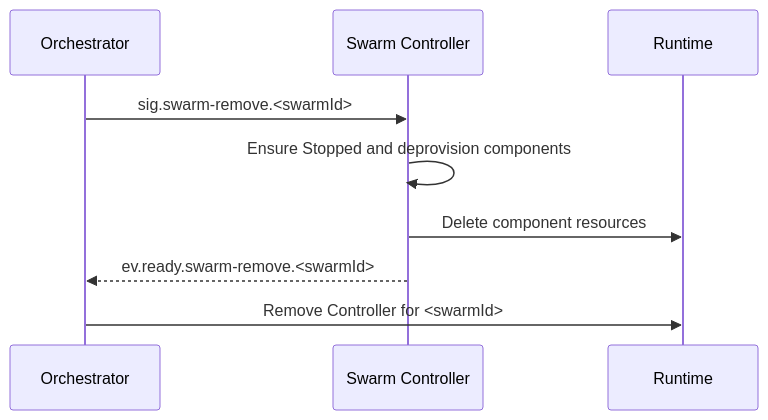
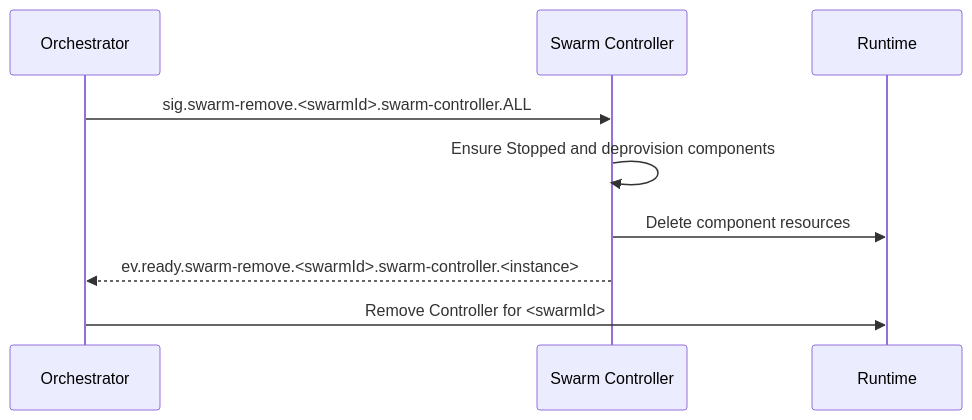
The seventh of 8 diagrams in docs/ARCHITECTURE.md (sepa79/PocketHive), drawn with Mermaid before and after one commit. The commit also changed other lines of this file and 29 other files, not shown here.

````diff
--- a/docs/ARCHITECTURE.md
+++ b/docs/ARCHITECTURE.md
@@ -239,12 +246,12 @@
 ```mermaid
 sequenceDiagram
   participant QN as Orchestrator
   participant MSH as Swarm Controller
   participant RT as Runtime
 
-  QN->>MSH: sig.swarm-remove.<swarmId>
+  QN->>MSH: sig.swarm-remove.<swarmId>.swarm-controller.ALL
   MSH->>MSH: Ensure Stopped and deprovision components
   MSH->>RT: Delete component resources
-  MSH-->>QN: ev.ready.swarm-remove.<swarmId>
+  MSH-->>QN: ev.ready.swarm-remove.<swarmId>.swarm-controller.<instance>
   QN->>RT: Remove Controller for <swarmId>
 ```
````
